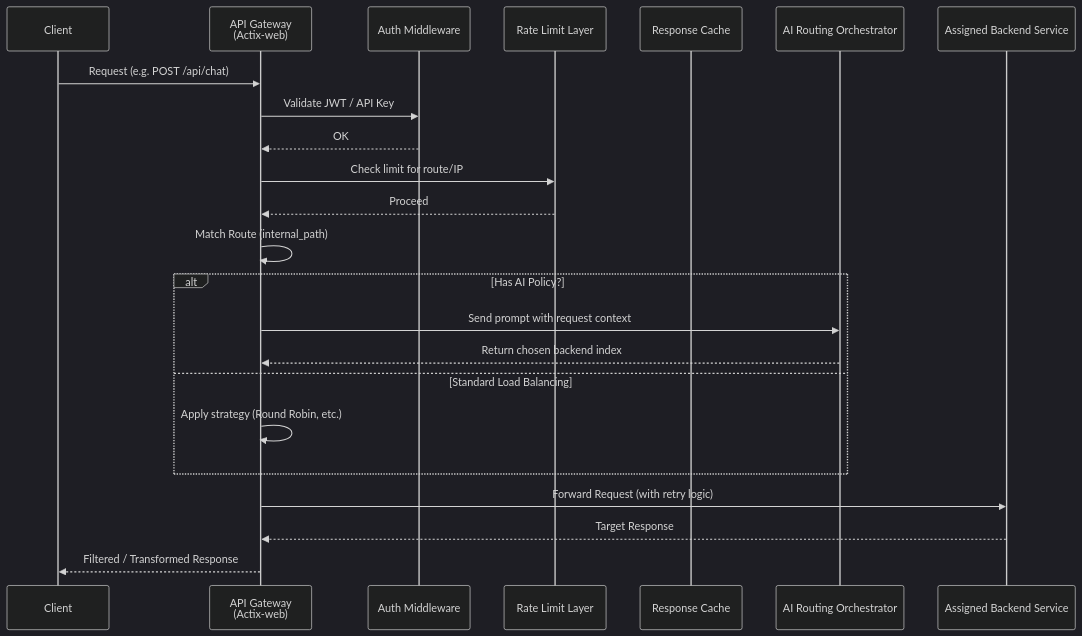
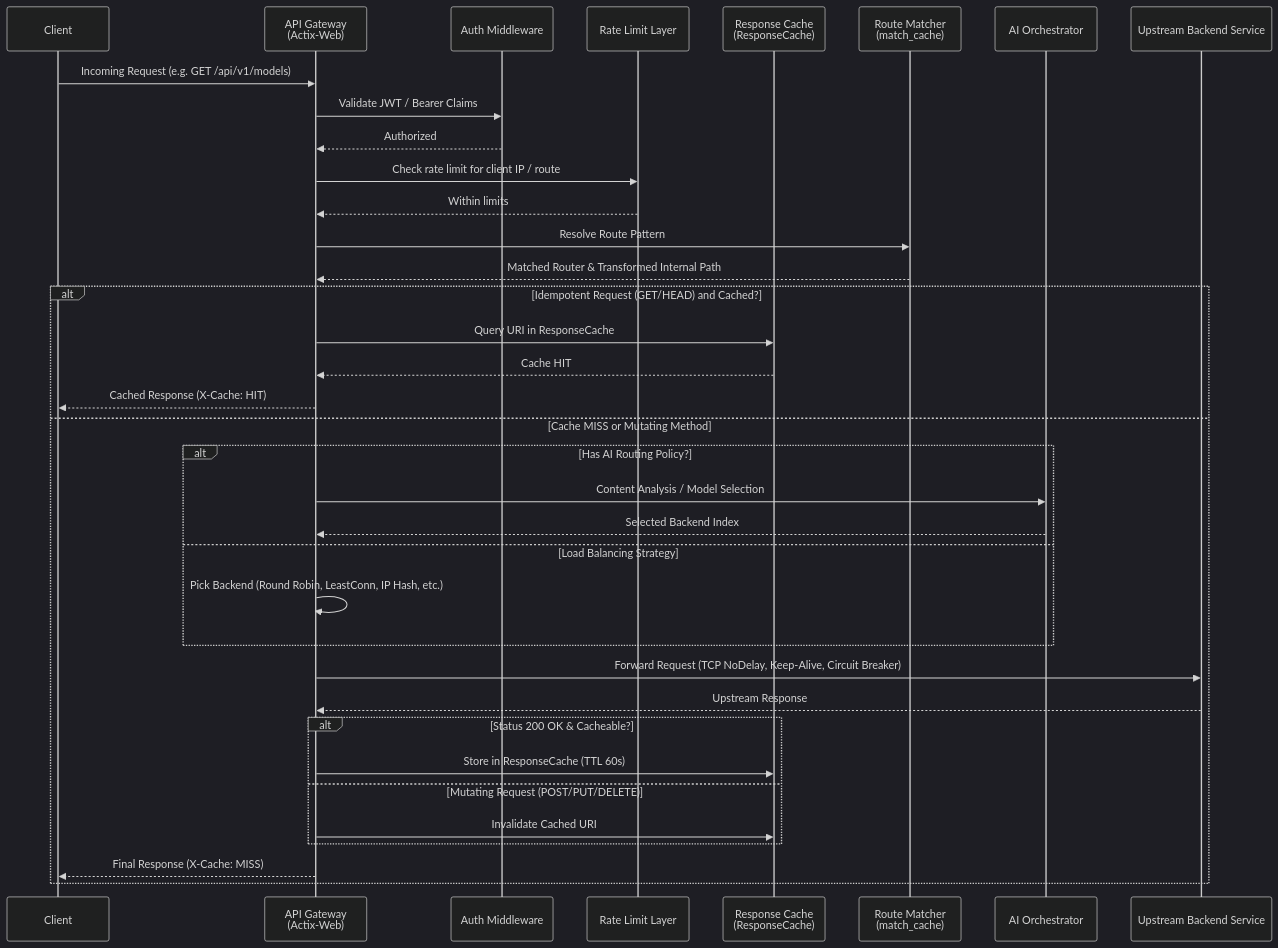
Before and after one commit to DanielSarmiento04/kairos-rs: the diagram in docs/src/ARCHITECTURE.md, drawn with Mermaid (dark theme). The commit also changed other lines of this file and 2 other files, not shown here.

Commit message:
docs: Update architecture and configuration documentation to include request/response transformations and cache management details

````diff
--- a/docs/src/ARCHITECTURE.md
+++ b/docs/src/ARCHITECTURE.md
@@ -47,38 +52,54 @@
 ```mermaid
 sequenceDiagram
     participant Client
-    participant Gateway as API Gateway<br/>(Actix-web)
+    participant Gateway as API Gateway<br/>(Actix-Web)
     participant Auth as Auth Middleware
     participant RateLimiter as Rate Limit Layer
-    participant Cache as Response Cache
-    participant AI as AI Routing Orchestrator
-    participant Backend as Assigned Backend Service
+    participant Cache as Response Cache<br/>(ResponseCache)
+    participant Matcher as Route Matcher<br/>(match_cache)
+    participant AI as AI Orchestrator
+    participant Backend as Upstream Backend Service
 
-    Client->>Gateway: Request (e.g. POST /api/chat)
+    Client->>Gateway: Incoming Request (e.g. GET /api/v1/models)
     
     %% Authentication & Authorization
-    Gateway->>Auth: Validate JWT / API Key
-    Auth-->>Gateway: OK
+    Gateway->>Auth: Validate JWT / Bearer Claims
+    Auth-->>Gateway: Authorized
     
     %% Rate Limiting
-    Gateway->>RateLimiter: Check limit for route/IP
-    RateLimiter-->>Gateway: Proceed
+    Gateway->>RateLimiter: Check rate limit for client IP / route
+    RateLimiter-->>Gateway: Within limits
     
-    %% Routing & Orchestration
-    Gateway->>Gateway: Match Route (internal_path)
+    %% Route Matching
+    Gateway->>Matcher: Resolve Route Pattern
+    Matcher-->>Gateway: Matched Router & Transformed Internal Path
     
-    %% AI / Standard Routing
-    alt Has AI Policy?
-        Gateway->>AI: Send prompt with request context
-        AI-->>Gateway: Return chosen backend index
-    else Standard Load Balancing
-        Gateway->>Gateway: Apply strategy (Round Robin, etc.)
+    %% Cache Fast-Path Check
+    alt Idempotent Request (GET/HEAD) and Cached?
+        Gateway->>Cache: Query URI in ResponseCache
+        Cache-->>Gateway: Cache HIT
+        Gateway-->>Client: Cached Response (X-Cache: HIT)
+    else Cache MISS or Mutating Method
+        %% AI / Standard Routing
+        alt Has AI Routing Policy?
+            Gateway->>AI: Content Analysis / Model Selection
+            AI-->>Gateway: Selected Backend Index
+        else Load Balancing Strategy
+            Gateway->>Gateway: Pick Backend (Round Robin, LeastConn, IP Hash, etc.)
+        end
+        
+        %% Forwarding Upstream
+        Gateway->>Backend: Forward Request (TCP NoDelay, Keep-Alive, Circuit Breaker)
+        Backend-->>Gateway: Upstream Response
+        
+        %% Response Caching & Invalidation
+        alt Status 200 OK & Cacheable?
+            Gateway->>Cache: Store in ResponseCache (TTL 60s)
+        else Mutating Request (POST/PUT/DELETE)
+            Gateway->>Cache: Invalidate Cached URI
+        end
+        
+        %% Return to client
+        Gateway-->>Client: Final Response (X-Cache: MISS)
     end
-    
-    %% Forwarding
-    Gateway->>Backend: Forward Request (with retry logic)
-    Backend-->>Gateway: Target Response
-    
-    %% Return to client
-    Gateway-->>Client: Filtered / Transformed Response
 ```
````
